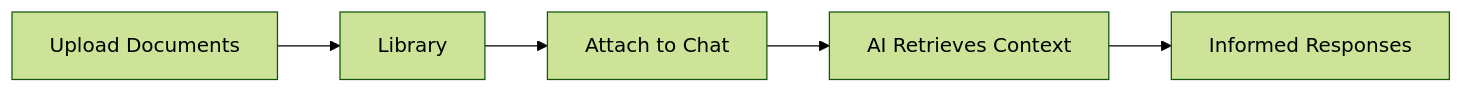
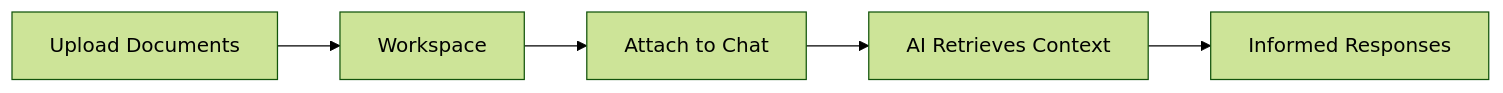
One commit to Fabric-Pro/fabric-oss changed the diagram in apps/web/content/docs/features/libraries.mdx. Above: the diagram before and after it, drawn with Mermaid (forest theme). The commit also changed other lines of this file and 1600 other files, not shown here.

````diff
--- a/apps/web/content/docs/features/libraries.mdx
+++ b/apps/web/content/docs/features/libraries.mdx
@@ -16,7 +18,7 @@
 ```mermaid
 flowchart LR
-    A["Upload Documents"] --> B["Library"]
+    A["Upload Documents"] --> B["Workspace"]
     B --> C["Attach to Chat"]
     C --> D["AI Retrieves Context"]
     D --> E["Informed Responses"]
 ```
````
